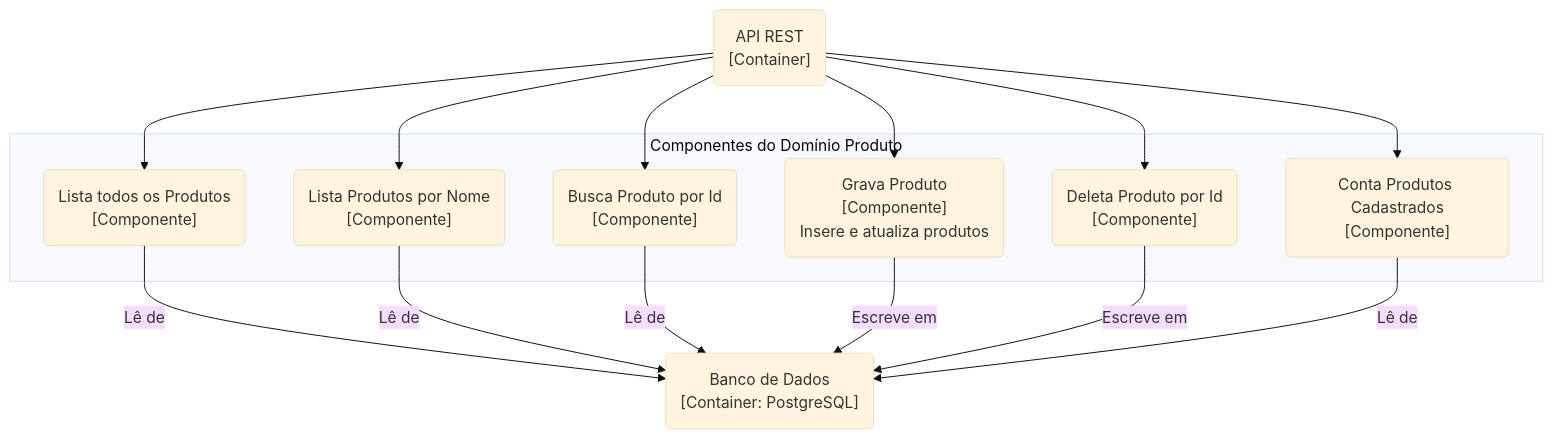
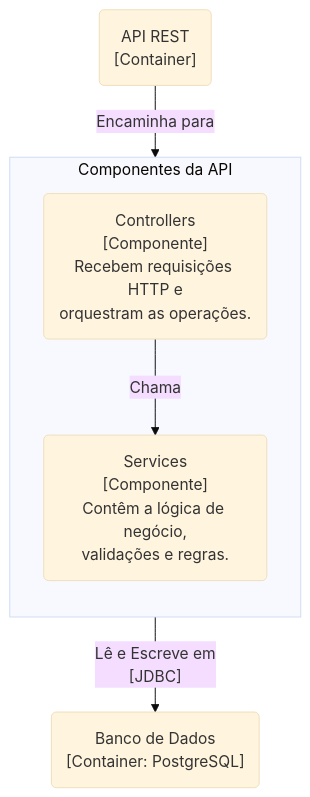
Before and after one commit to iagobrdev/orders-bootcamp: the third of 6 diagrams in DESENHO_ARQUITETURAL.md, drawn with Mermaid (base theme). The commit also changed other lines of this file, not shown here.

````diff
--- a/DESENHO_ARQUITETURAL.md
+++ b/DESENHO_ARQUITETURAL.md
@@ -194,24 +192,16 @@
 ```mermaid
 graph TD
-    api_container("API REST<br>[Container]")
+    container_api("API REST<br>[Container]")
     
-    subgraph "Componentes do Domínio Produto"
-        p1("Lista todos os Produtos<br>[Componente]")
-        p2("Lista Produtos por Nome<br>[Componente]")
-        p3("Busca Produto por Id<br>[Componente]")
-        p4("Grava Produto<br>[Componente]<br>Insere e atualiza produtos")
-        p5("Deleta Produto por Id<br>[Componente]")
-        p6("Conta Produtos Cadastrados<br>[Componente]")
+    subgraph "Componentes da API"
+        direction TB
+        c("Controllers<br>[Componente]<br>Recebem requisições HTTP e<br>orquestram as operações.")
+        s("Services<br>[Componente]<br>Contêm a lógica de negócio,<br>validações e regras.")
     end
     
     db("Banco de Dados<br>[Container: PostgreSQL]")
 
-    api_container --> p1 & p2 & p3 & p4 & p5 & p6
-    
-    p1 -- "Lê de" --> db
-    p2 -- "Lê de" --> db
-    p3 -- "Lê de" --> db
-    p4 -- "Escreve em" --> db
-    p5 -- "Escreve em" --> db
-    p6 -- "Lê de" --> db
+    container_api -- "Encaminha para" --> c
+    c -- "Chama" --> s
+    s -- "Lê e Escreve em<br>[JDBC]" --> db
 ```
````
